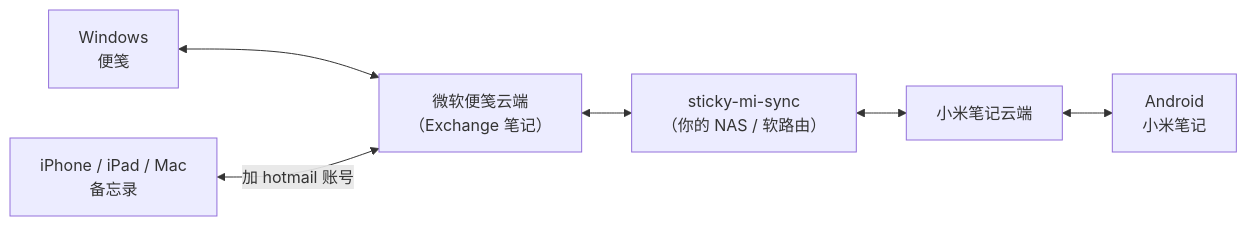
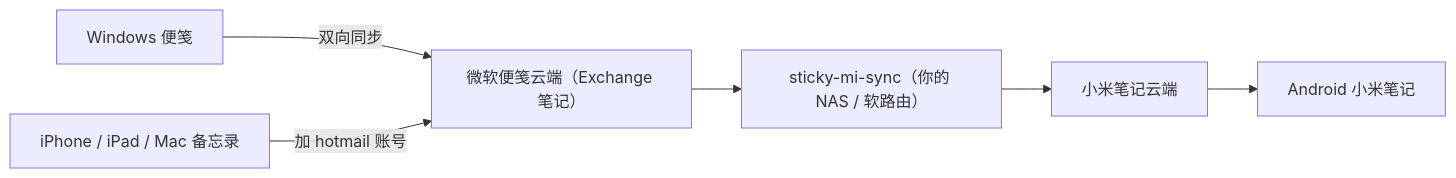
The diagram in README.md (dxfong/sticky-mi-sync), drawn with Mermaid before and after one commit. The commit also changed other lines of this file and 1 other file, not shown here.

Commit message:
fix(docs): 架构图改用最基础的 --> 语法 —— 双向箭头在 GitHub 上渲染失败
GitHub 报 `Unable to render rich display`。排查过程：
- 本地 mermaid 10 与 11、securityLevel:strict 全部解析通过 → 语法本身合法
- 对照实验：连 mermaid 官方仓库在本机都渲染不出（svg 数 = 0），
  说明是本机网络挡了 GitHub 的 mermaid 脚本 → 本机无法验证 GitHub 端
- 查资料：GitHub 文档里双向箭头的示例旁边挂着同样的错误提示；
  一份 "Mermaid-Safe Syntax Ruleset" 也明确建议只用 --> / -.-> / ==>

结论：`<-->`（mermaid 10.3 才引入）在 GitHub 的 Mermaid 版本上不支持。

改法：全部换成最基础的 `-->`；每行一条语句、节点标签不用 HTML、
边标签不加引号。"双向"这一语义改由边标签 + 图注文字表达。

````diff
--- a/README.md
+++ b/README.md
@@ -43,8 +43,15 @@
 ```mermaid
 flowchart LR
-    W["Windows<br/>便笺"] <--> MS["微软便笺云端<br/>（Exchange 笔记）"]
-    N["iPhone / iPad / Mac<br/>备忘录"] <-->|"加 hotmail 账号"| MS
-    MS <--> SV["sticky-mi-sync<br/>（你的 NAS / 软路由）"]
-    SV <--> MI["小米笔记云端"]
-    MI <--> M["Android<br/>小米笔记"]
+    W["Windows 便笺"]
+    N["iPhone / iPad / Mac 备忘录"]
+    M["Android 小米笔记"]
+    MS["微软便笺云端（Exchange 笔记）"]
+    SV["sticky-mi-sync（你的 NAS / 软路由）"]
+    MI["小米笔记云端"]
+
+    W -->|双向同步| MS
+    N -->|加 hotmail 账号| MS
+    MS --> SV
+    SV --> MI
+    MI --> M
 ```
````
